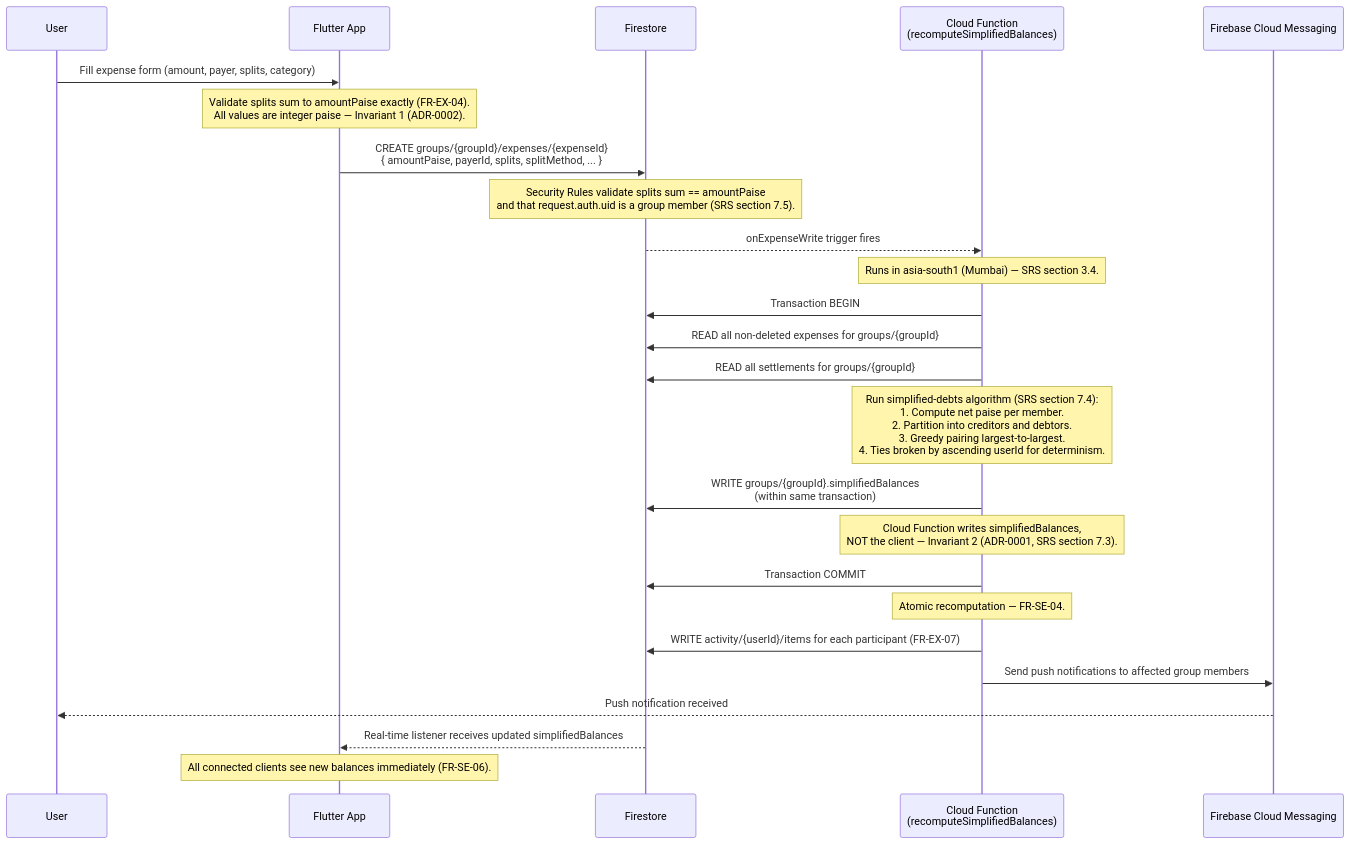
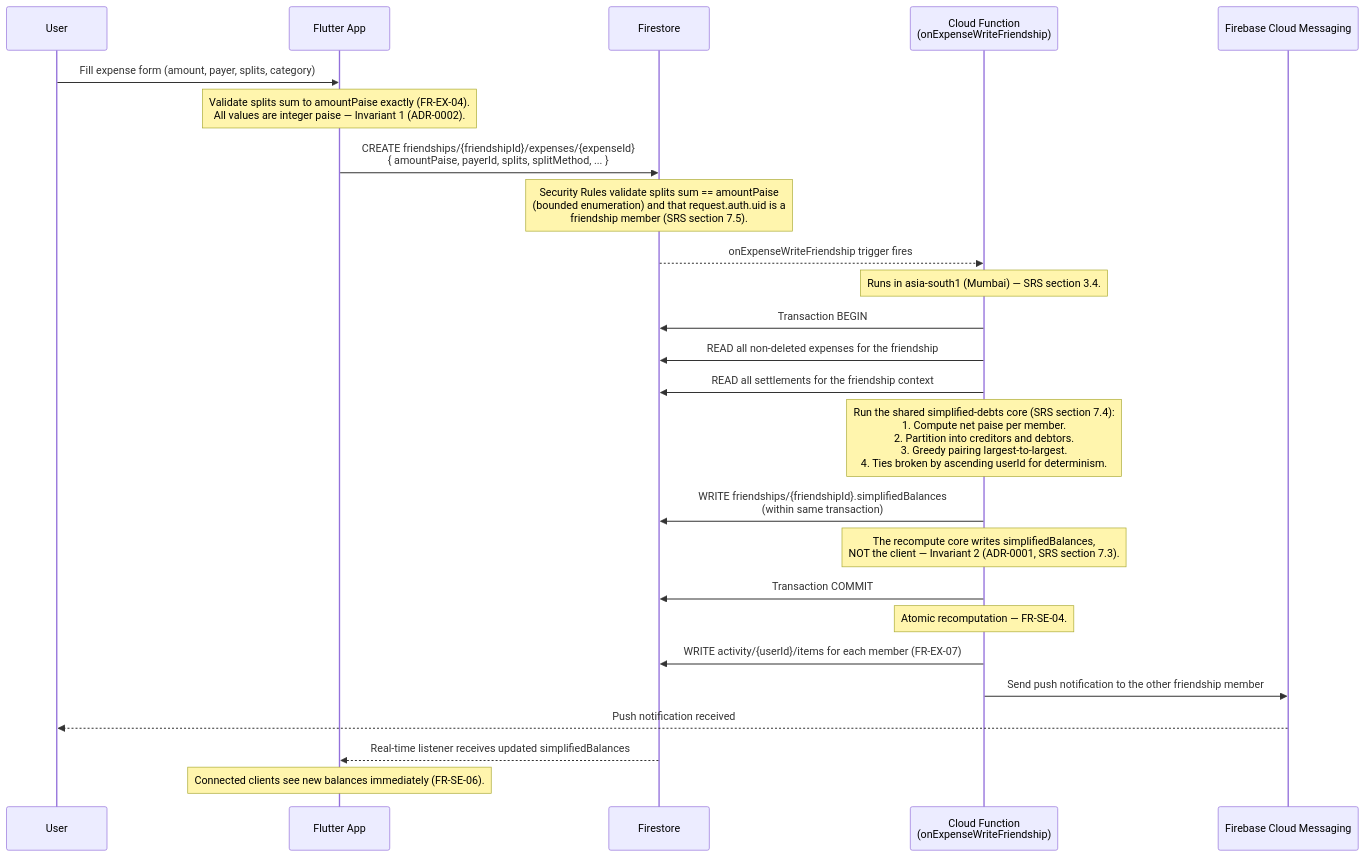
Before and after one commit to avtansh-code/OneByTwo: the second of 4 diagrams in docs/design/03-architecture/data-flow.md, drawn with Mermaid. The commit also changed other lines of this file and 99 other files, not shown here.

````diff
--- a/docs/design/03-architecture/data-flow.md
+++ b/docs/design/03-architecture/data-flow.md
@@ -73,37 +78,37 @@
 ```mermaid
 sequenceDiagram
     participant U as User
     participant App as Flutter App
     participant FS as Firestore
-    participant CF as Cloud Function<br/>(recomputeSimplifiedBalances)
+    participant CF as Cloud Function<br/>(onExpenseWriteFriendship)
     participant FCM as Firebase Cloud Messaging
 
     U->>App: Fill expense form (amount, payer, splits, category)
     Note over App: Validate splits sum to amountPaise exactly (FR-EX-04).<br/>All values are integer paise — Invariant 1 (ADR-0002).
 
-    App->>FS: CREATE groups/{groupId}/expenses/{expenseId}<br/>{ amountPaise, payerId, splits, splitMethod, ... }
-    Note over FS: Security Rules validate splits sum == amountPaise<br/>and that request.auth.uid is a group member (SRS section 7.5).
+    App->>FS: CREATE friendships/{friendshipId}/expenses/{expenseId}<br/>{ amountPaise, payerId, splits, splitMethod, ... }
+    Note over FS: Security Rules validate splits sum == amountPaise<br/>(bounded enumeration) and that request.auth.uid is a<br/>friendship member (SRS section 7.5).
 
-    FS-->>CF: onExpenseWrite trigger fires
+    FS-->>CF: onExpenseWriteFriendship trigger fires
     Note over CF: Runs in asia-south1 (Mumbai) — SRS section 3.4.
 
     CF->>FS: Transaction BEGIN
-    CF->>FS: READ all non-deleted expenses for groups/{groupId}
-    CF->>FS: READ all settlements for groups/{groupId}
+    CF->>FS: READ all non-deleted expenses for the friendship
+    CF->>FS: READ all settlements for the friendship context
 
-    Note over CF: Run simplified-debts algorithm (SRS section 7.4):<br/>1. Compute net paise per member.<br/>2. Partition into creditors and debtors.<br/>3. Greedy pairing largest-to-largest.<br/>4. Ties broken by ascending userId for determinism.
+    Note over CF: Run the shared simplified-debts core (SRS section 7.4):<br/>1. Compute net paise per member.<br/>2. Partition into creditors and debtors.<br/>3. Greedy pairing largest-to-largest.<br/>4. Ties broken by ascending userId for determinism.
 
-    CF->>FS: WRITE groups/{groupId}.simplifiedBalances<br/>(within same transaction)
-    Note over CF: Cloud Function writes simplifiedBalances,<br/>NOT the client — Invariant 2 (ADR-0001, SRS section 7.3).
+    CF->>FS: WRITE friendships/{friendshipId}.simplifiedBalances<br/>(within same transaction)
+    Note over CF: The recompute core writes simplifiedBalances,<br/>NOT the client — Invariant 2 (ADR-0001, SRS section 7.3).
 
     CF->>FS: Transaction COMMIT
     Note over CF: Atomic recomputation — FR-SE-04.
 
-    CF->>FS: WRITE activity/{userId}/items for each participant (FR-EX-07)
+    CF->>FS: WRITE activity/{userId}/items for each member (FR-EX-07)
 
-    CF->>FCM: Send push notifications to affected group members
+    CF->>FCM: Send push notification to the other friendship member
     FCM-->>U: Push notification received
 
     FS-->>App: Real-time listener receives updated simplifiedBalances
-    Note over App: All connected clients see new balances immediately (FR-SE-06).
+    Note over App: Connected clients see new balances immediately (FR-SE-06).
 ```
````
